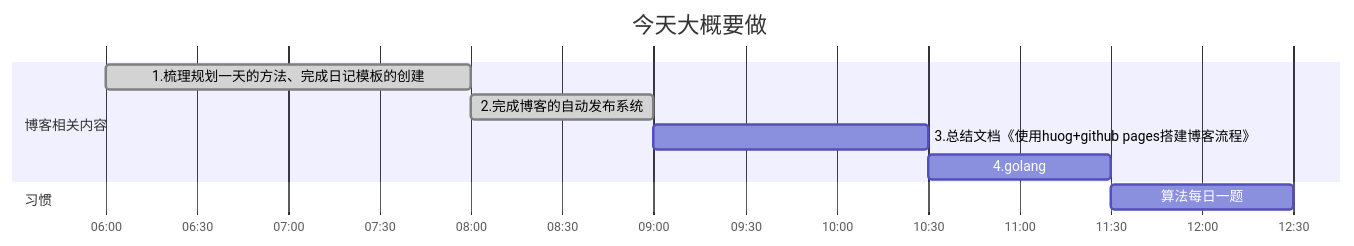
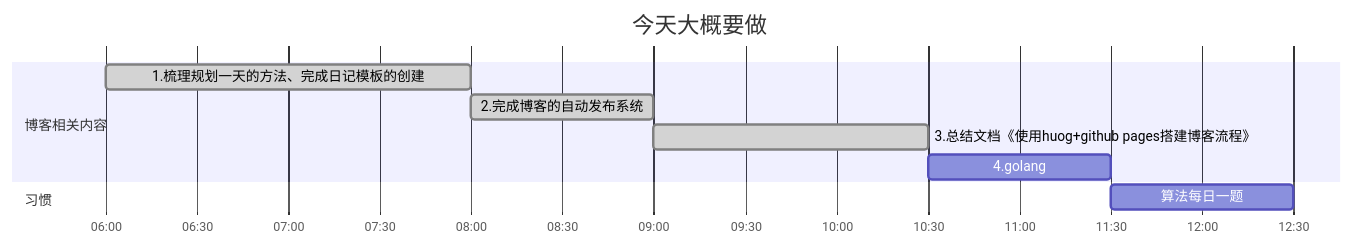
The first of 2 diagrams in 2023-05-11/index.md (904566722/904566722.github.io), drawn with Mermaid before and after one commit. The commit also changed other lines of this file and 119 other files, not shown here.

````diff
--- a/2023-05-11/index.md
+++ b/2023-05-11/index.md
@@ -8,16 +8,16 @@
 ```mermaid
 gantt
 dateFormat HH:mm
 axisFormat %H:%M
 tickInterval 1h
 title 今天大概要做
 
 section 博客相关内容
 1.梳理规划一天的方法、完成日记模板的创建:done,riji,06:00, 2h
 2.完成博客的自动发布系统:done,fabu, after riji, 1h
-3.总结文档《使用huog+github pages搭建博客流程》:after fabu, 90m
+3.总结文档《使用huog+github pages搭建博客流程》:done,after fabu, 90m
 4.golang: 1h
 
 section 习惯
 算法每日一题: 1h
 ```
````
